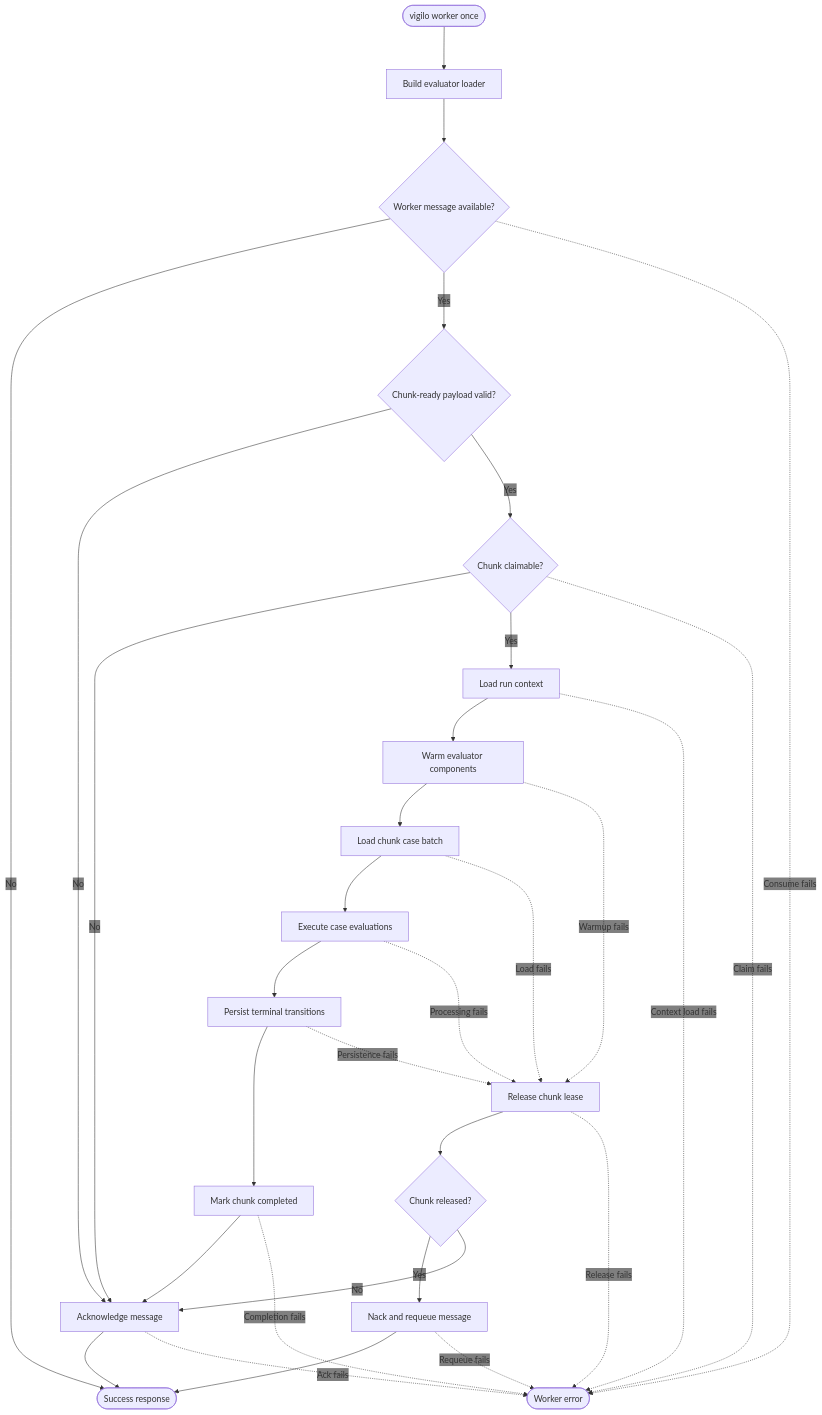
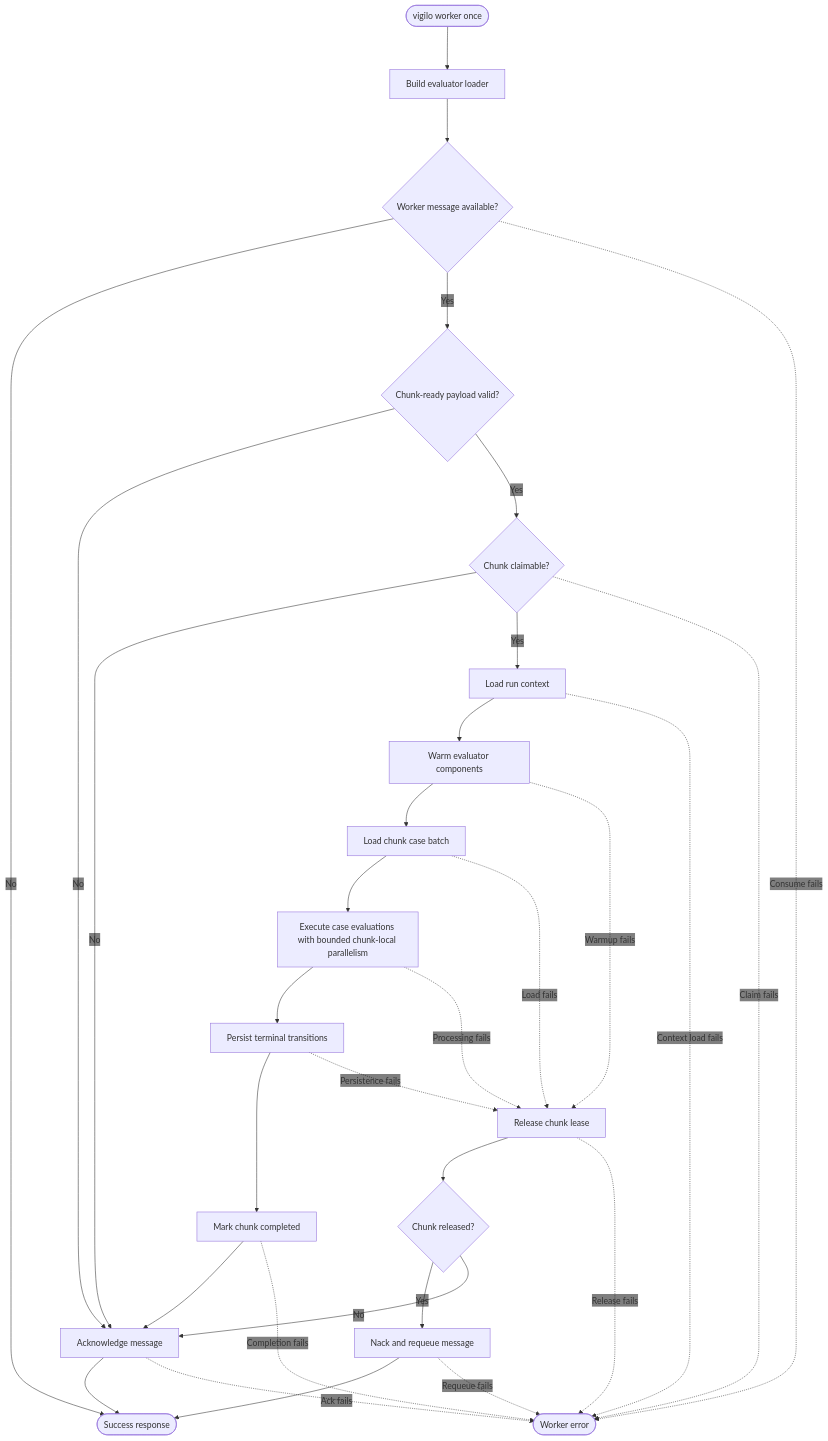
The diagram in web/docs/architecture/flows/worker/once/decision-flow.mmd (gregl83/agent-vigilo), drawn with Mermaid before and after one commit. The commit also changed 11 other files, not shown here.

```diff
--- a/web/docs/architecture/flows/worker/once/decision-flow.mmd
+++ b/web/docs/architecture/flows/worker/once/decision-flow.mmd
@@ -1,79 +1,79 @@
 ---
 config:
   flowchart:
     nodeSpacing: 150
     rankSpacing: 80
   themeVariables:
     edgeLabelBackground: 'transparent'
 ---
 flowchart TD
     Start([vigilo worker once])
 
     Loader[Build evaluator loader]
     Consume{Worker message available?}
     Payload{Chunk-ready payload valid?}
     Claim{Chunk claimable?}
     Context[Load run context]
     Warm[Warm evaluator components]
     Cases[Load chunk case batch]
-    Execute[Execute case evaluations]
+    Execute[Execute case evaluations with bounded chunk-local parallelism]
     Persist[Persist terminal transitions]
     Complete[Mark chunk completed]
     Ack[Acknowledge message]
     Release[Release chunk lease]
     Released{Chunk released?}
     Requeue[Nack and requeue message]
 
     Success([Success response])
 
     ServiceFail([Worker error])
 
     Start --> Loader
     Loader --> Consume
 
     Consume -- No --> Success
     Consume -- Yes --> Payload
     Consume -. Consume fails .-> ServiceFail
 
     Payload -- No --> Ack
     Payload -- Yes --> Claim
 
     Claim -- No --> Ack
     Claim -- Yes --> Context
     Claim -. Claim fails .-> ServiceFail
 
     Context --> Warm
     Context -. Context load fails .-> ServiceFail
 
     Warm --> Cases
     Warm -. Warmup fails .-> Release
 
     Cases --> Execute
     Cases -. Load fails .-> Release
 
     Execute --> Persist
     Execute -. Processing fails .-> Release
 
     Persist --> Complete
     Persist -. Persistence fails .-> Release
 
     Complete --> Ack
     Complete -. Completion fails .-> ServiceFail
 
     Ack --> Success
     Ack -. Ack fails .-> ServiceFail
 
     Release --> Released
     Release -. Release fails .-> ServiceFail
 
     Released -- Yes --> Requeue
     Released -- No --> Ack
 
     Requeue --> Success
     Requeue -. Requeue fails .-> ServiceFail
 
     class Start command
     class Success success
     class Loader,Consume,Payload,Claim,Context,Cases,Persist,Complete,Ack,Release,Released,Requeue system
     class Warm,Execute component
     class ServiceFail error
```
